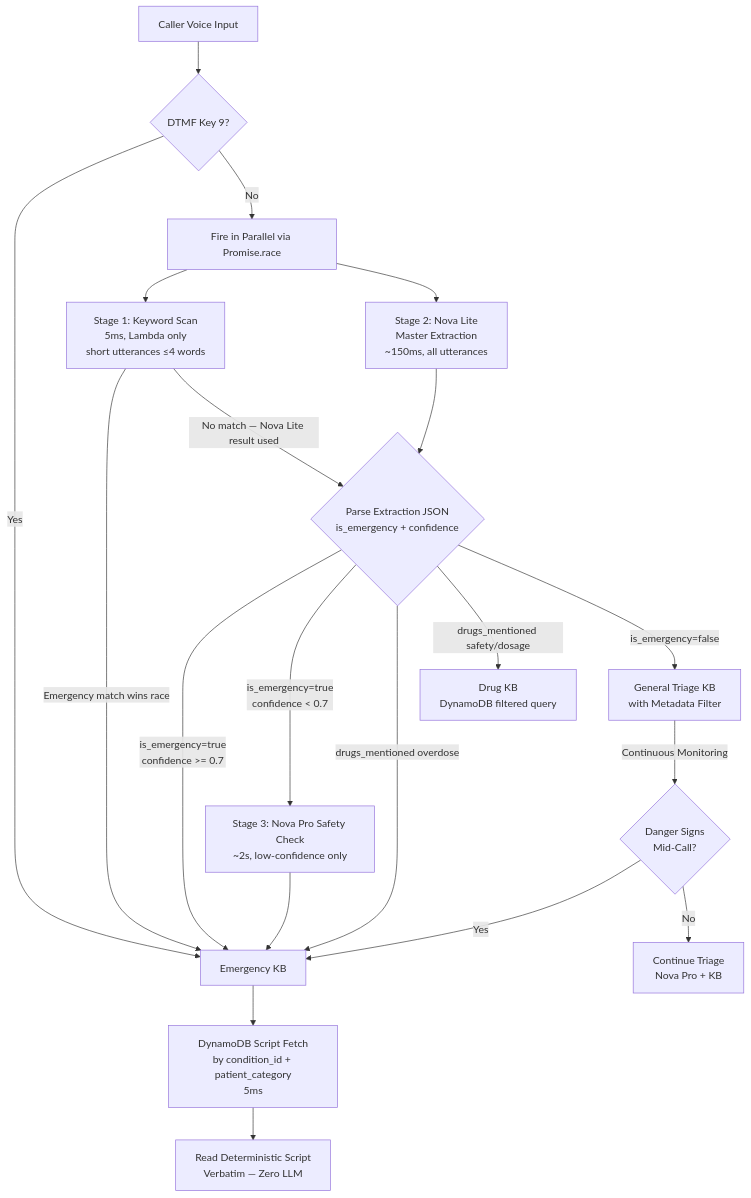
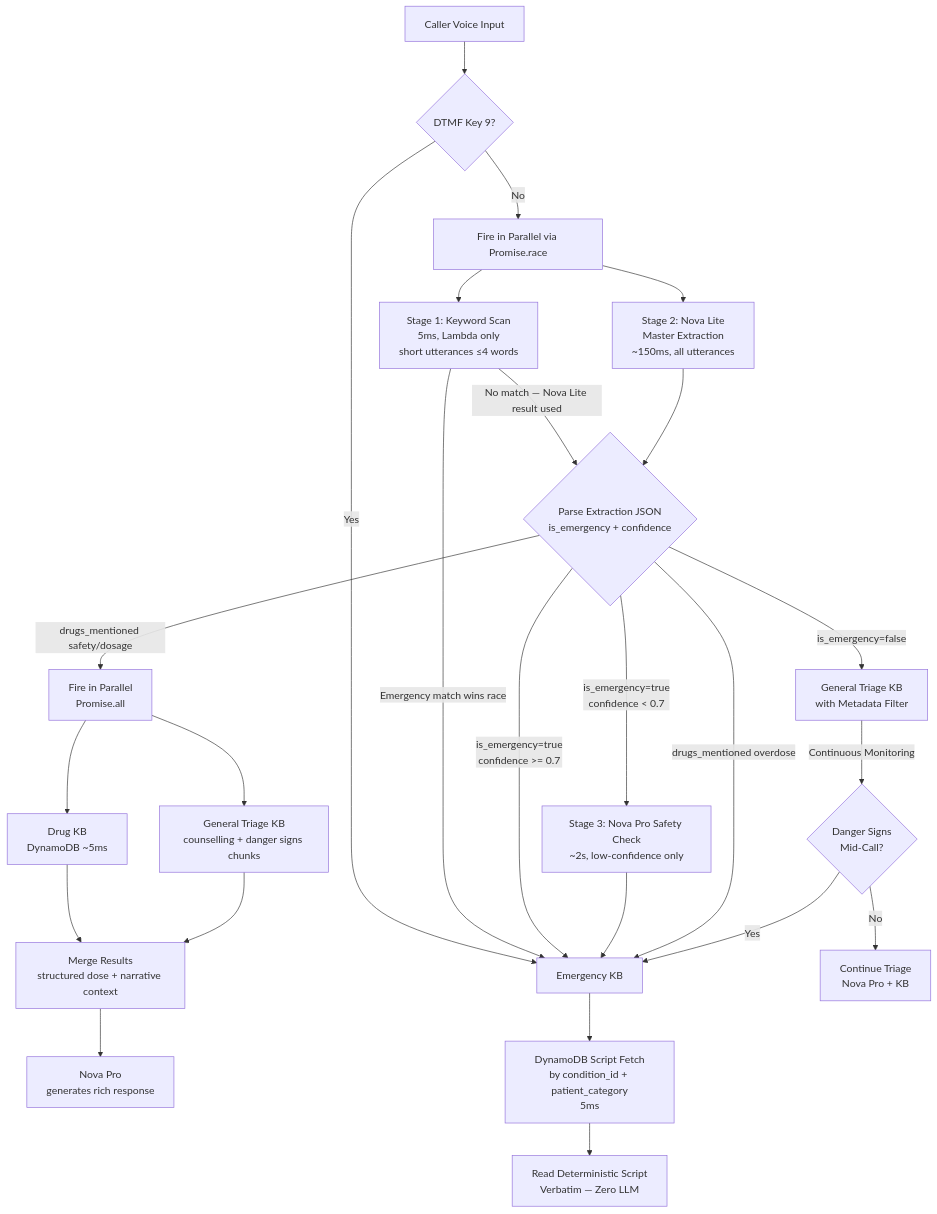
Before and after one commit to subhash1208/SavyaSachi: the second of 4 diagrams in .kiro/specs/vaidyavaani-ivr-health-assistant/design.md, drawn with Mermaid. The commit also changed other lines of this file and 7 other files, not shown here.

````diff
--- a/.kiro/specs/vaidyavaani-ivr-health-assistant/design.md
+++ b/.kiro/specs/vaidyavaani-ivr-health-assistant/design.md
@@ -84,22 +84,27 @@
 ```mermaid
 graph TD
     INPUT[Caller Voice Input] --> DTMF{DTMF Key 9?}
     DTMF -->|Yes| EMERGENCY[Emergency KB]
     DTMF -->|No| PARALLEL[Fire in Parallel via Promise.race]
     PARALLEL --> KW[Stage 1: Keyword Scan<br/>5ms, Lambda only<br/>short utterances ≤4 words]
     PARALLEL --> NL[Stage 2: Nova Lite<br/>Master Extraction<br/>~150ms, all utterances]
     KW -->|Emergency match wins race| EMERGENCY
     KW -->|No match — Nova Lite result used| JSON
     NL --> JSON{Parse Extraction JSON<br/>is_emergency + confidence}
     JSON -->|is_emergency=true<br/>confidence >= 0.7| EMERGENCY
     JSON -->|is_emergency=true<br/>confidence < 0.7| SAFETY[Stage 3: Nova Pro Safety Check<br/>~2s, low-confidence only]
     SAFETY --> EMERGENCY
     JSON -->|drugs_mentioned overdose| EMERGENCY
-    JSON -->|drugs_mentioned safety/dosage| DRUG[Drug KB<br/>DynamoDB filtered query]
+    JSON -->|drugs_mentioned safety/dosage| DUAL[Fire in Parallel<br/>Promise.all]
+    DUAL --> DRUG[Drug KB<br/>DynamoDB ~5ms]
+    DUAL --> KBCTX[General Triage KB<br/>counselling + danger signs chunks]
+    DRUG --> MERGE[Merge Results<br/>structured dose + narrative context]
+    KBCTX --> MERGE
+    MERGE --> NOVAPRO[Nova Pro<br/>generates rich response]
     JSON -->|is_emergency=false| TRIAGE[General Triage KB<br/>with Metadata Filter]
     EMERGENCY --> DDB_FETCH[DynamoDB Script Fetch<br/>by condition_id + patient_category<br/>5ms]
     DDB_FETCH --> SCRIPT[Read Deterministic Script<br/>Verbatim — Zero LLM]
     TRIAGE -->|Continuous Monitoring| DS{Danger Signs<br/>Mid-Call?}
     DS -->|Yes| EMERGENCY
     DS -->|No| CONTINUE[Continue Triage<br/>Nova Pro + KB]
 ```
````
